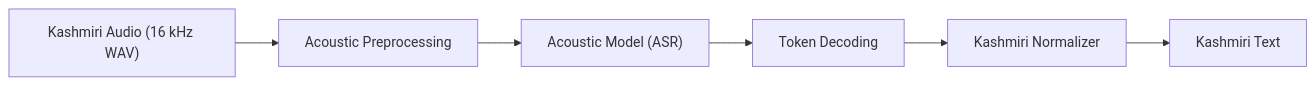
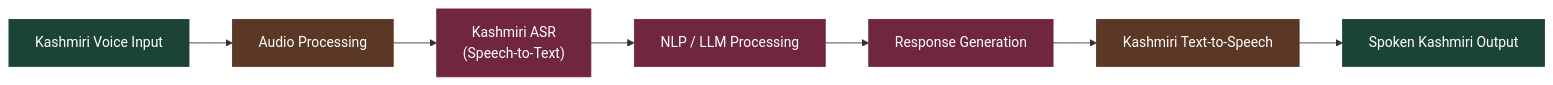
One commit to AseefBandey/kashmiri-voice-assistant changed the diagram in README.md. Above: the diagram before and after it, drawn with Mermaid. The commit also changed other lines of this file and 1 other file, not shown here.

Commit message:
docs: update architecture pipeline image and diagram in README

````diff
--- a/README.md
+++ b/README.md
@@ -19,8 +21,17 @@
 ```mermaid
 flowchart LR
-    A["Kashmiri Audio (16 kHz WAV)"] --> B["Acoustic Preprocessing"]
-    B --> C["Acoustic Model (ASR)"]
-    C --> D["Token Decoding"]
-    D --> E["Kashmiri Normalizer"]
-    E --> F["Kashmiri Text"]
+    A["Kashmiri Voice Input"] --> B["Audio Processing"]
+    B --> C["Kashmiri ASR<br/>(Speech-to-Text)"]
+    C --> D["NLP / LLM Processing"]
+    D --> E["Response Generation"]
+    E --> F["Kashmiri Text-to-Speech"]
+    F --> G["Spoken Kashmiri Output"]
+
+    classDef green fill:#1c4436,stroke:#1c4436,color:#fff;
+    classDef brown fill:#5a3825,stroke:#5a3825,color:#fff;
+    classDef maroon fill:#6f263e,stroke:#6f263e,color:#fff;
+
+    class A,G green;
+    class B,F brown;
+    class C,D,E maroon;
 ```
````
